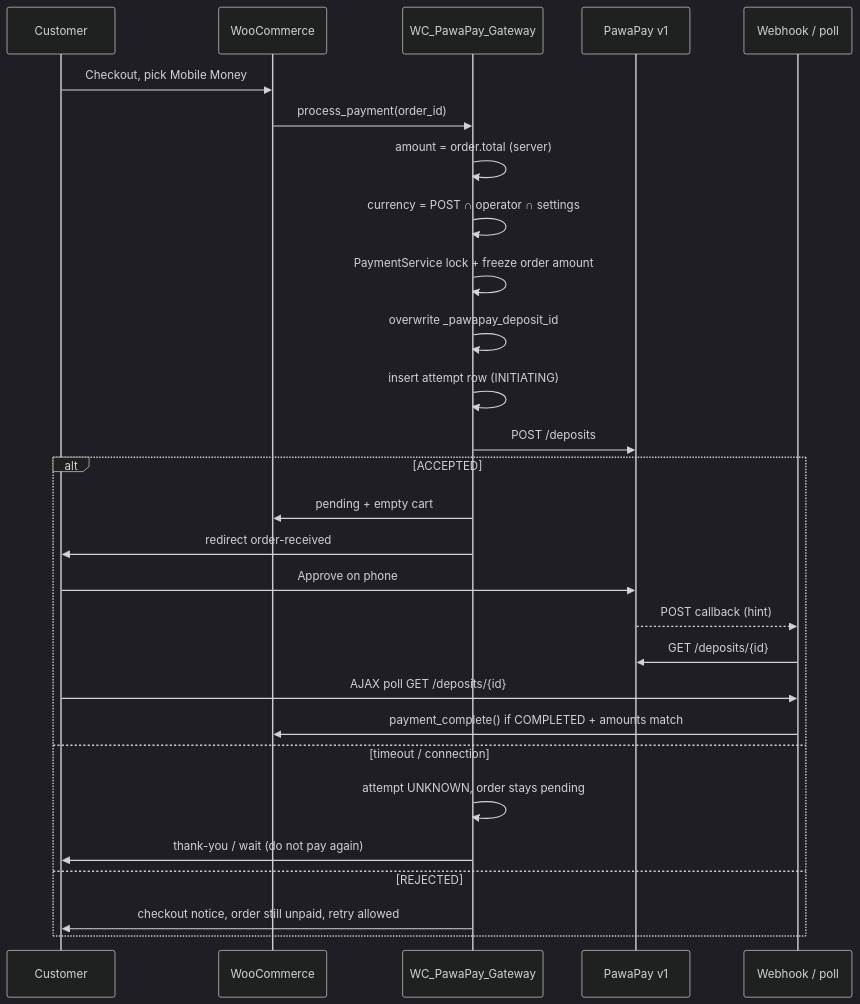
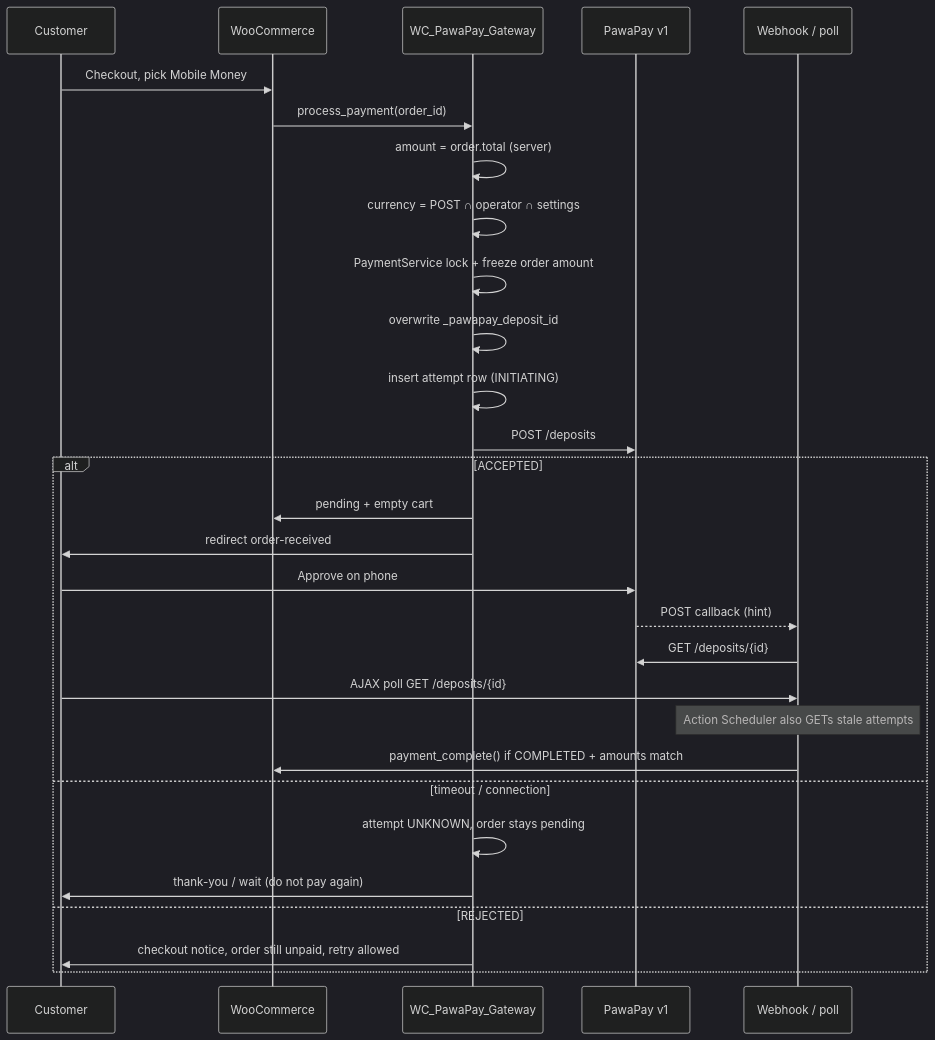
One commit to mmarcwabo/pawapay-woocommerce changed the diagram in docs/architecture/payment-flow.md. Above: the diagram before and after it, drawn with Mermaid (dark theme). The commit also changed other lines of this file and 20 other files, not shown here.

First line of the commit message:
Reconcile stale PawaPay attempts in the background when the shopper leaves.

````diff
--- a/docs/architecture/payment-flow.md
+++ b/docs/architecture/payment-flow.md
@@ -7,31 +7,32 @@
 ```mermaid
 sequenceDiagram
     participant C as Customer
     participant Woo as WooCommerce
     participant G as WC_PawaPay_Gateway
     participant P as PawaPay v1
     participant W as Webhook / poll
 
     C->>Woo: Checkout, pick Mobile Money
     Woo->>G: process_payment(order_id)
     G->>G: amount = order.total (server)
     G->>G: currency = POST ∩ operator ∩ settings
     G->>G: PaymentService lock + freeze order amount
     G->>G: overwrite _pawapay_deposit_id
     G->>G: insert attempt row (INITIATING)
     G->>P: POST /deposits
     alt ACCEPTED
         G->>Woo: pending + empty cart
         G->>C: redirect order-received
         C->>P: Approve on phone
         P-->>W: POST callback (hint)
         W->>P: GET /deposits/{id}
         C->>W: AJAX poll GET /deposits/{id}
+        Note over W: Action Scheduler also GETs stale attempts
         W->>Woo: payment_complete() if COMPLETED + amounts match
     else timeout / connection
         G->>G: attempt UNKNOWN, order stays pending
         G->>C: thank-you / wait (do not pay again)
     else REJECTED
         G->>C: checkout notice, order still unpaid, retry allowed
     end
 ```
````
